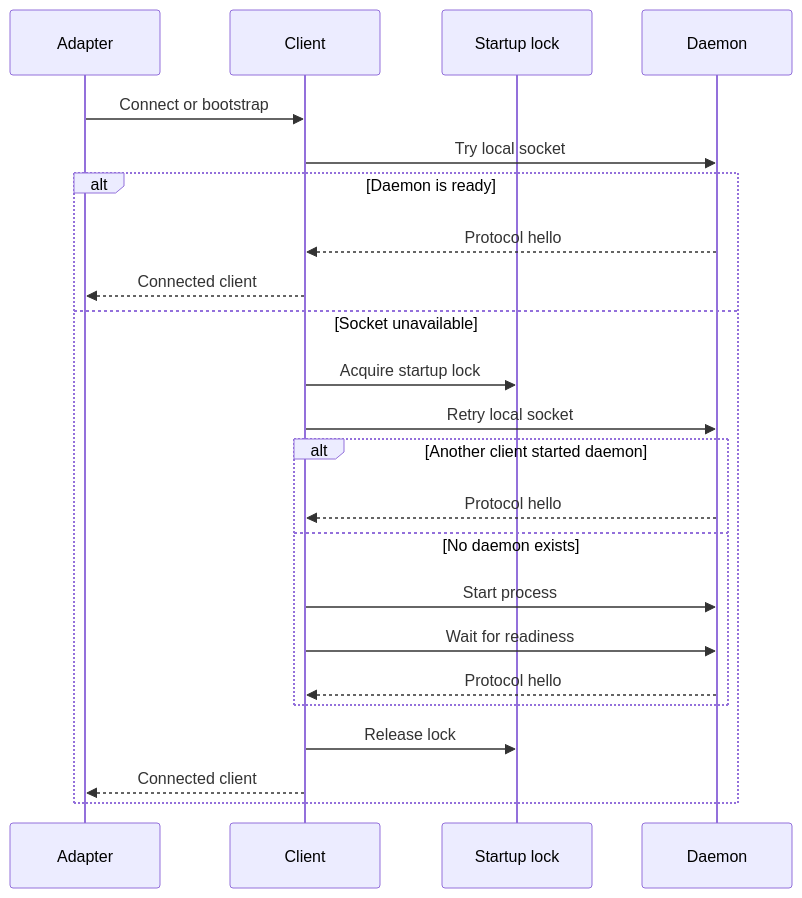
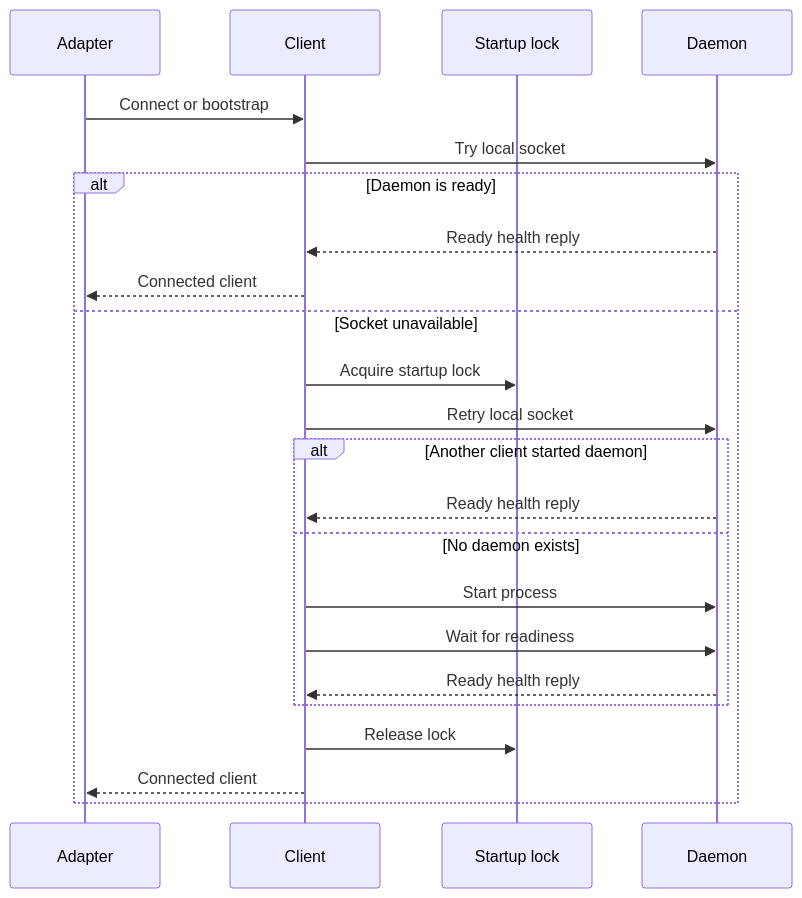
One commit to y0tsy/intention-relay changed the first of 2 diagrams in docs/intention-relay/architecture/03-daemon-transport-and-adapters.md. Above: the diagram before and after it, drawn with Mermaid. The commit also changed other lines of this file and 288 other files, not shown here.

````diff
--- a/docs/intention-relay/architecture/03-daemon-transport-and-adapters.md
+++ b/docs/intention-relay/architecture/03-daemon-transport-and-adapters.md
@@ -136,26 +130,26 @@
 ```mermaid
 sequenceDiagram
   participant AD as Adapter
   participant CL as Client
   participant LK as Startup lock
   participant DM as Daemon
 
   AD->>CL: Connect or bootstrap
   CL->>DM: Try local socket
   alt Daemon is ready
-    DM-->>CL: Protocol hello
+    DM-->>CL: Ready health reply
     CL-->>AD: Connected client
   else Socket unavailable
     CL->>LK: Acquire startup lock
     CL->>DM: Retry local socket
     alt Another client started daemon
-      DM-->>CL: Protocol hello
+      DM-->>CL: Ready health reply
     else No daemon exists
       CL->>DM: Start process
       CL->>DM: Wait for readiness
-      DM-->>CL: Protocol hello
+      DM-->>CL: Ready health reply
     end
     CL->>LK: Release lock
     CL-->>AD: Connected client
   end
 ```
````
